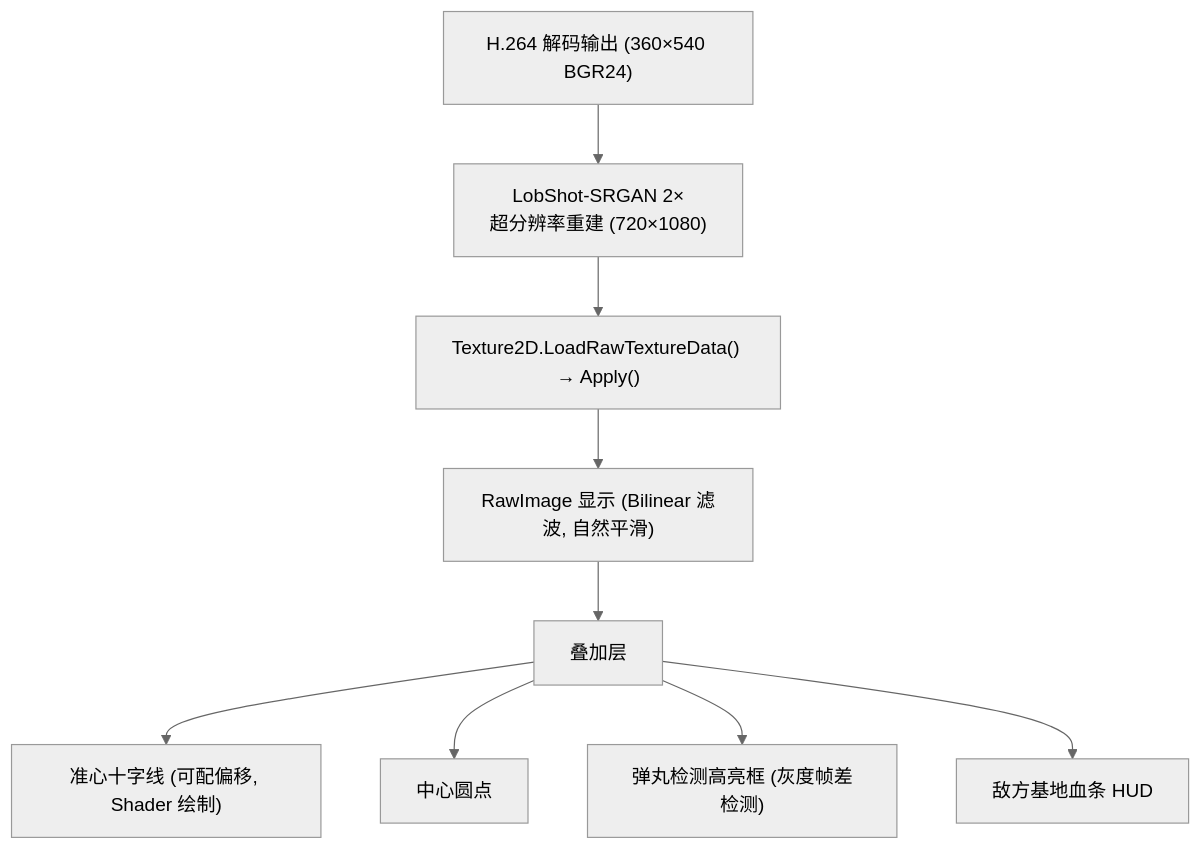
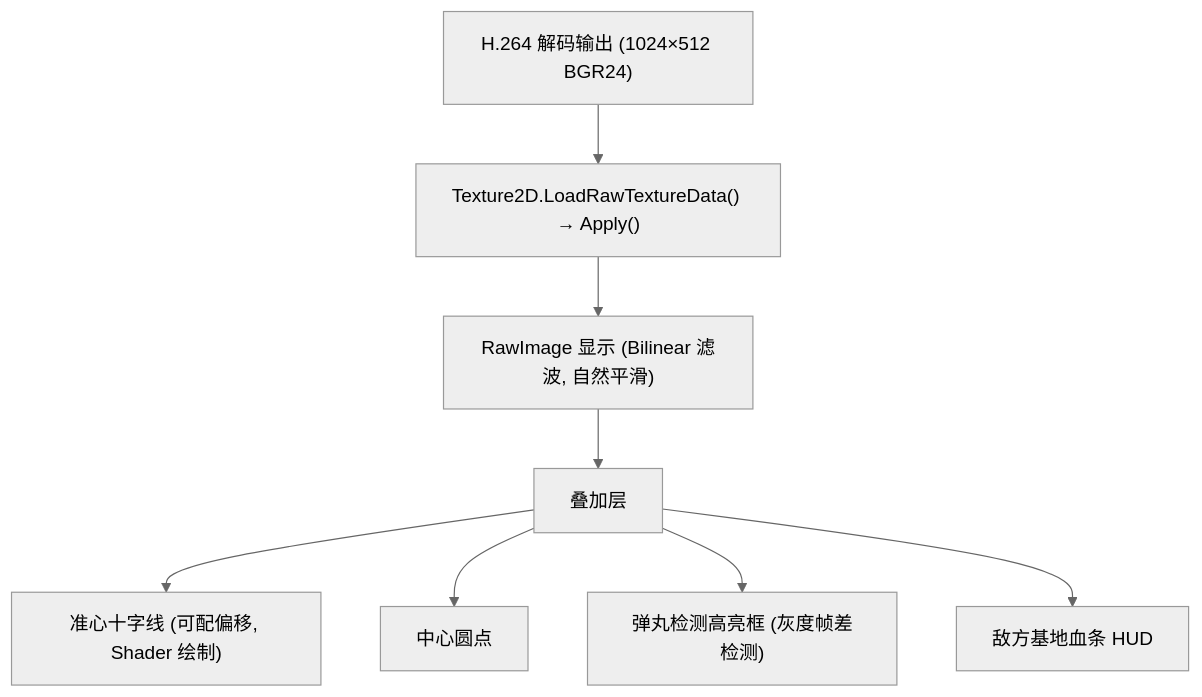
The sixth of 15 diagrams in 文档/视觉吊射方案.md (dfcyyyds/RoboMasterClientWMJ), drawn with Mermaid (neutral theme) before and after one commit. The commit also changed other lines of this file and 106 other files, not shown here.

````diff
--- a/文档/视觉吊射方案.md
+++ b/文档/视觉吊射方案.md
@@ -330,11 +698,10 @@
 ```mermaid
 flowchart TB
-  Decode["H.264 解码输出 (360×540 BGR24)"] --> SR["LobShot-SRGAN 2×<br/>超分辨率重建 (720×1080)"]
-  SR --> Tex["Texture2D.LoadRawTextureData() → Apply()"]
+  Decode["H.264 解码输出 (1024×512 BGR24)"] --> Tex["Texture2D.LoadRawTextureData() → Apply()"]
   Tex --> Raw["RawImage 显示 (Bilinear 滤波, 自然平滑)"]
   Raw --> Overlay["叠加层"]
   Overlay --> Cross["准心十字线 (可配偏移, Shader 绘制)"]
   Overlay --> Dot["中心圆点"]
   Overlay --> BallBox["弹丸检测高亮框 (灰度帧差检测)"]
   Overlay --> HP["敌方基地血条 HUD"]
 ```
````
